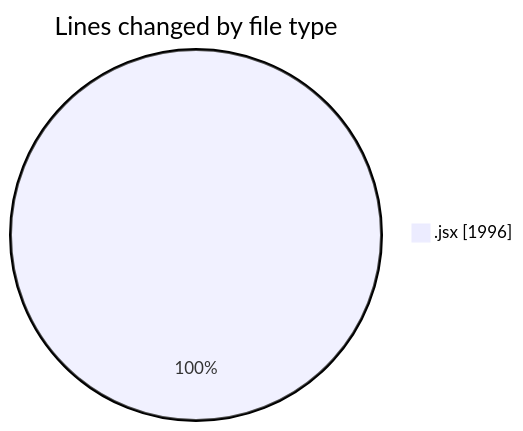
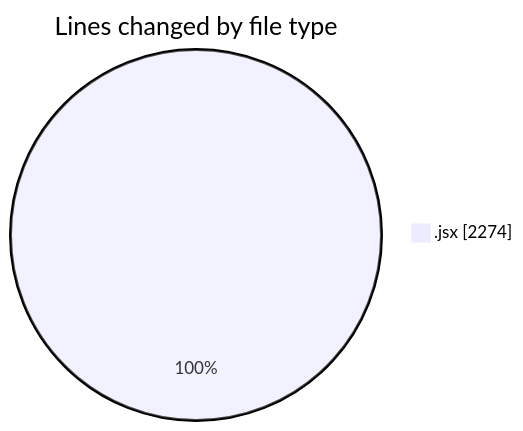
One commit to nxtqubesakshisongat/code-tracking changed the first of 2 diagrams in 2025-10-14/nxtqube_webapp/README.md. Above: the diagram before and after it, drawn with Mermaid. The commit also changed other lines of this file and 1 other file, not shown here.

````diff
--- a/2025-10-14/nxtqube_webapp/README.md
+++ b/2025-10-14/nxtqube_webapp/README.md
@@ -21,5 +21,5 @@
 ```mermaid
 pie showData
 title Lines changed by file type
-".jsx" : 1996
+".jsx" : 2274
 ```
````
